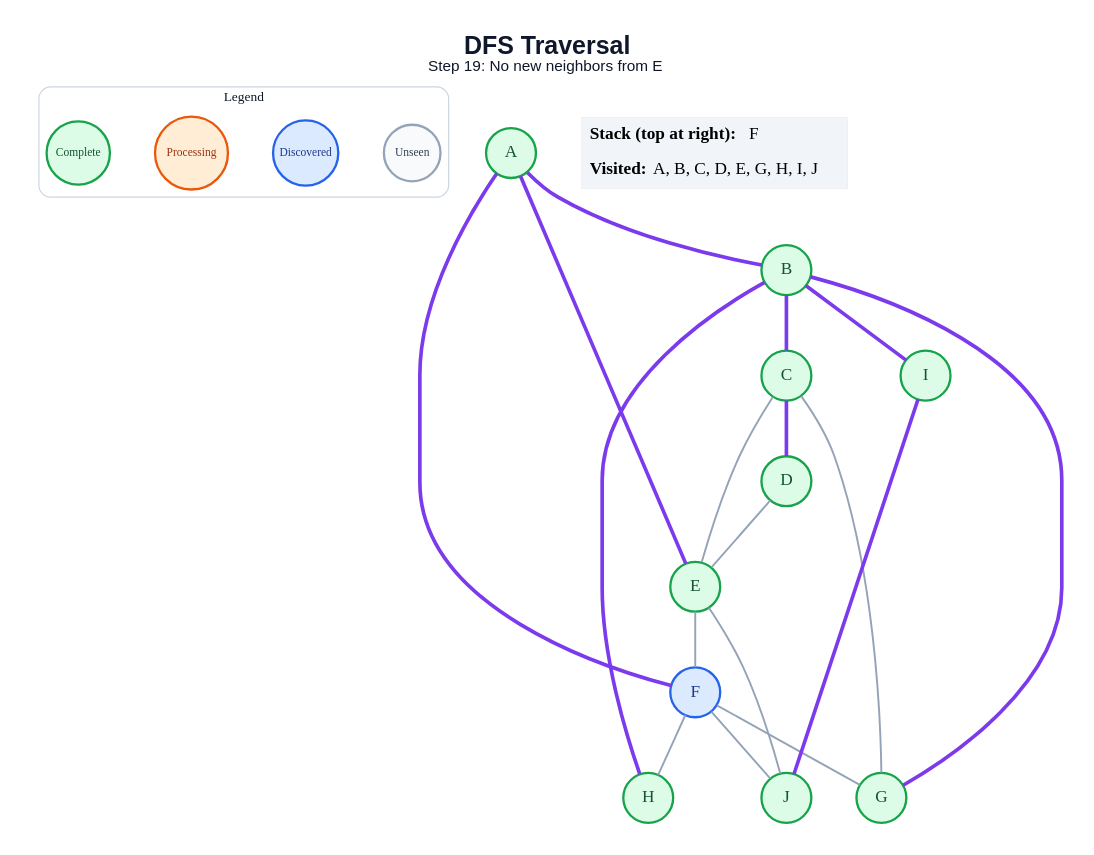
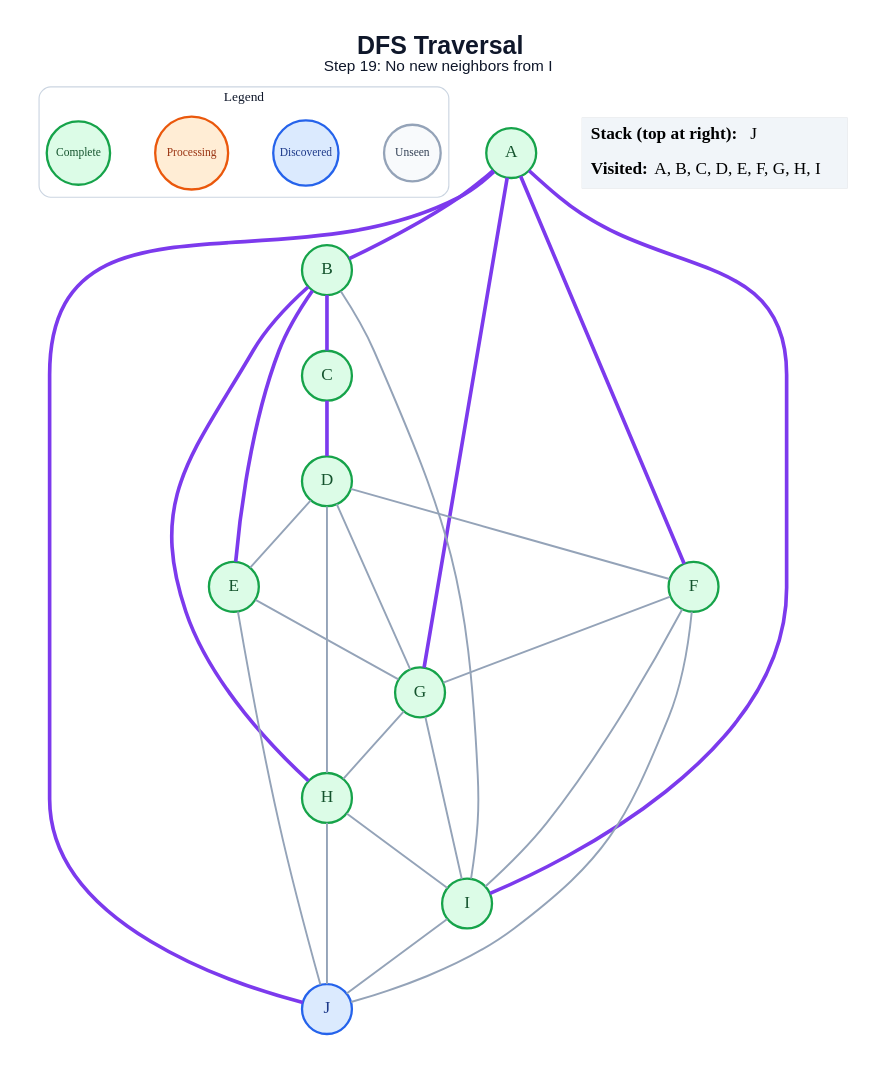
The diagram in generated/dfs/step_19.dot (amanghodawala9/ai-slop), drawn with Graphviz before and after one commit. The commit also changed 178 other files, not shown here.

```diff
--- a/generated/dfs/step_19.dot
+++ b/generated/dfs/step_19.dot
@@ -1,46 +1,53 @@
 graph traversal {
   graph [layout=dot, rankdir=TB, bgcolor="#FFFFFF", pad="0.35", nodesep="0.65", ranksep="0.8", fontname="Arial"];
   node [shape=circle, style="filled", fontname="Arial Bold", fontsize=18, width=0.72, fixedsize=true, penwidth=2.4];
   edge [color="#94A3B8", penwidth=2.0];
-  label=<<B>DFS Traversal</B><BR/><FONT POINT-SIZE="16">Step 19: No new neighbors from E</FONT>>; labelloc="t"; fontsize=26; fontname="Arial"; fontcolor="#0F172A";
+  label=<<B>DFS Traversal</B><BR/><FONT POINT-SIZE="16">Step 19: No new neighbors from I</FONT>>; labelloc="t"; fontsize=26; fontname="Arial"; fontcolor="#0F172A";
   subgraph cluster_legend { label="Legend"; color="#CBD5E1"; penwidth=1.2; style="rounded"; fontsize=14; fontname="Arial Bold";
     key_unseen [label="Unseen", fillcolor="#F8FAFC", color="#94A3B8", fontcolor="#334155", fontsize=12, width=0.82];
     key_frontier [label="Discovered", fillcolor="#DBEAFE", color="#2563EB", fontcolor="#1E3A8A", fontsize=12, width=0.95];
     key_current [label="Processing", fillcolor="#FFEDD5", color="#EA580C", fontcolor="#9A3412", fontsize=12, width=1.05];
     key_done [label="Complete", fillcolor="#DCFCE7", color="#16A34A", fontcolor="#14532D", fontsize=12, width=0.92];
     { rank=same; key_unseen; key_frontier; key_current; key_done; }
   }
   A [fillcolor="#DCFCE7", color="#16A34A", fontcolor="#14532D"];
   B [fillcolor="#DCFCE7", color="#16A34A", fontcolor="#14532D"];
   C [fillcolor="#DCFCE7", color="#16A34A", fontcolor="#14532D"];
   D [fillcolor="#DCFCE7", color="#16A34A", fontcolor="#14532D"];
   E [fillcolor="#DCFCE7", color="#16A34A", fontcolor="#14532D"];
-  F [fillcolor="#DBEAFE", color="#2563EB", fontcolor="#1E3A8A"];
+  F [fillcolor="#DCFCE7", color="#16A34A", fontcolor="#14532D"];
   G [fillcolor="#DCFCE7", color="#16A34A", fontcolor="#14532D"];
   H [fillcolor="#DCFCE7", color="#16A34A", fontcolor="#14532D"];
   I [fillcolor="#DCFCE7", color="#16A34A", fontcolor="#14532D"];
-  J [fillcolor="#DCFCE7", color="#16A34A", fontcolor="#14532D"];
+  J [fillcolor="#DBEAFE", color="#2563EB", fontcolor="#1E3A8A"];
   A -- B [color="#7C3AED", penwidth=3.8];
-  A -- E [color="#7C3AED", penwidth=3.8];
   A -- F [color="#7C3AED", penwidth=3.8];
+  A -- G [color="#7C3AED", penwidth=3.8];
+  A -- I [color="#7C3AED", penwidth=3.8];
+  A -- J [color="#7C3AED", penwidth=3.8];
   B -- C [color="#7C3AED", penwidth=3.8];
-  B -- G [color="#7C3AED", penwidth=3.8];
+  B -- E [color="#7C3AED", penwidth=3.8];
   B -- H [color="#7C3AED", penwidth=3.8];
-  B -- I [color="#7C3AED", penwidth=3.8];
+  B -- I;
   C -- D [color="#7C3AED", penwidth=3.8];
-  C -- E;
-  C -- G;
   D -- E;
-  E -- F;
+  D -- F;
+  D -- G;
+  D -- H;
+  E -- G;
   E -- J;
   F -- G;
-  F -- H;
+  F -- I;
   F -- J;
-  I -- J [color="#7C3AED", penwidth=3.8];
+  G -- H;
+  G -- I;
+  H -- I;
+  H -- J;
+  I -- J;
   status [shape=plain, fixedsize=false, width=0, height=0, margin=0, label=<
     <TABLE BORDER="0" CELLBORDER="0" CELLPADDING="7" BGCOLOR="#F1F5F9">
-      <TR><TD ALIGN="LEFT"><B>Stack (top at right):</B> F</TD></TR>
-      <TR><TD ALIGN="LEFT"><B>Visited:</B> A, B, C, D, E, G, H, I, J</TD></TR>
+      <TR><TD ALIGN="LEFT"><B>Stack (top at right):</B> J</TD></TR>
+      <TR><TD ALIGN="LEFT"><B>Visited:</B> A, B, C, D, E, F, G, H, I</TD></TR>
     </TABLE>
   >];
 }
```
